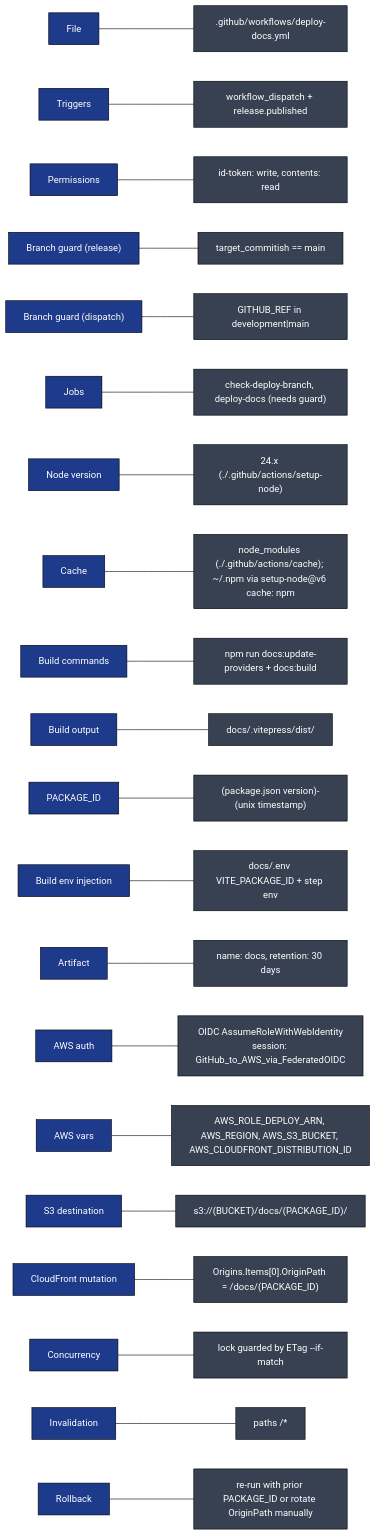
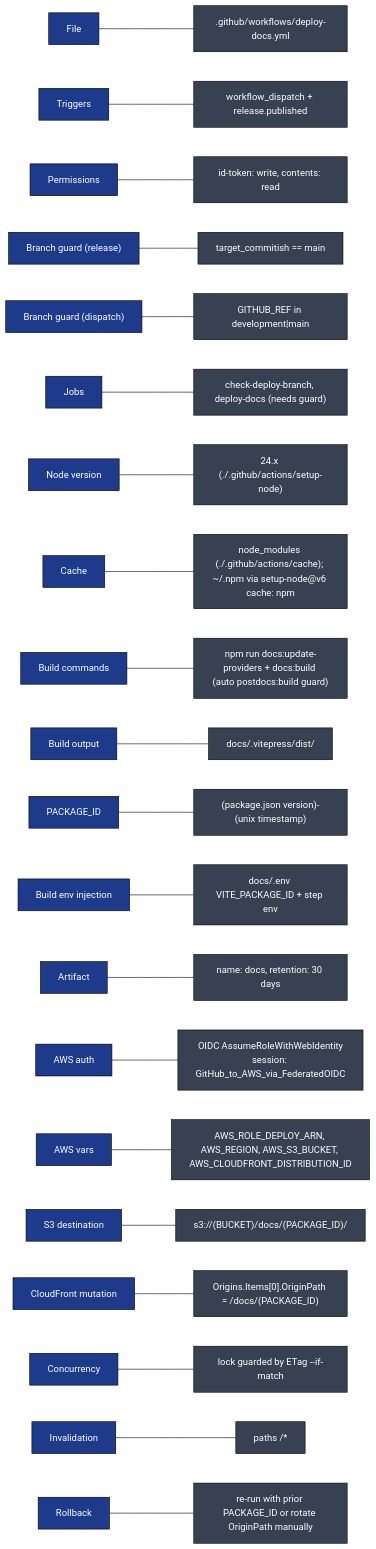
Before and after one commit to llm-exe/llm-exe: diagram 13 of 13 in .github/docs/DEPLOY_DOCS_DEEP_DIVE.md, drawn with Mermaid (forest theme). The commit also changed other lines of this file and 3 other files, not shown here.

Commit message:
docs: sync docs-build deep dives after package.json postdocs:build change

````diff
--- a/.github/docs/DEPLOY_DOCS_DEEP_DIVE.md
+++ b/.github/docs/DEPLOY_DOCS_DEEP_DIVE.md
@@ -545,26 +547,26 @@
 ```mermaid
 flowchart LR
     classDef k fill:#1e3a8a,color:#fff,stroke:#000
     classDef v fill:#374151,color:#fff,stroke:#000
 
     K1["File"]:::k --- V1[".github/workflows/deploy-docs.yml"]:::v
     K2["Triggers"]:::k --- V2["workflow_dispatch + release.published"]:::v
     K3["Permissions"]:::k --- V3["id-token: write, contents: read"]:::v
     K4["Branch guard (release)"]:::k --- V4["target_commitish == main"]:::v
     K5["Branch guard (dispatch)"]:::k --- V5["GITHUB_REF in development|main"]:::v
     K6["Jobs"]:::k --- V6["check-deploy-branch, deploy-docs (needs guard)"]:::v
     K7["Node version"]:::k --- V7["24.x (./.github/actions/setup-node)"]:::v
     K8["Cache"]:::k --- V8["node_modules (./.github/actions/cache); ~/.npm via setup-node@v6 cache: npm"]:::v
-    K9["Build commands"]:::k --- V9["npm run docs:update-providers + docs:build"]:::v
+    K9["Build commands"]:::k --- V9["npm run docs:update-providers + docs:build (auto postdocs:build guard)"]:::v
     K10["Build output"]:::k --- V10["docs/.vitepress/dist/"]:::v
     K11["PACKAGE_ID"]:::k --- V11["(package.json version)-(unix timestamp)"]:::v
     K12["Build env injection"]:::k --- V12["docs/.env VITE_PACKAGE_ID + step env"]:::v
     K13["Artifact"]:::k --- V13["name: docs, retention: 30 days"]:::v
     K14["AWS auth"]:::k --- V14["OIDC AssumeRoleWithWebIdentity\nsession: GitHub_to_AWS_via_FederatedOIDC"]:::v
     K15["AWS vars"]:::k --- V15["AWS_ROLE_DEPLOY_ARN, AWS_REGION, AWS_S3_BUCKET, AWS_CLOUDFRONT_DISTRIBUTION_ID"]:::v
     K16["S3 destination"]:::k --- V16["s3://(BUCKET)/docs/(PACKAGE_ID)/"]:::v
     K17["CloudFront mutation"]:::k --- V17["Origins.Items[0].OriginPath = /docs/(PACKAGE_ID)"]:::v
     K18["Concurrency"]:::k --- V18["lock guarded by ETag --if-match"]:::v
     K19["Invalidation"]:::k --- V19["paths /*"]:::v
     K20["Rollback"]:::k --- V20["re-run with prior PACKAGE_ID or rotate OriginPath manually"]:::v
 ```
````
